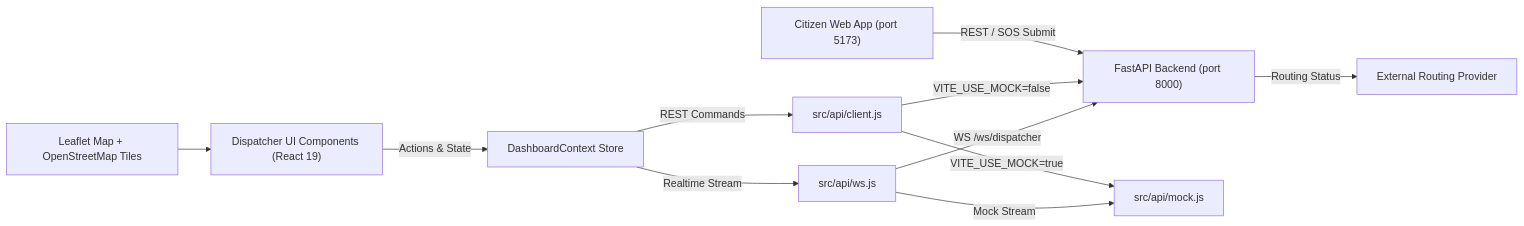
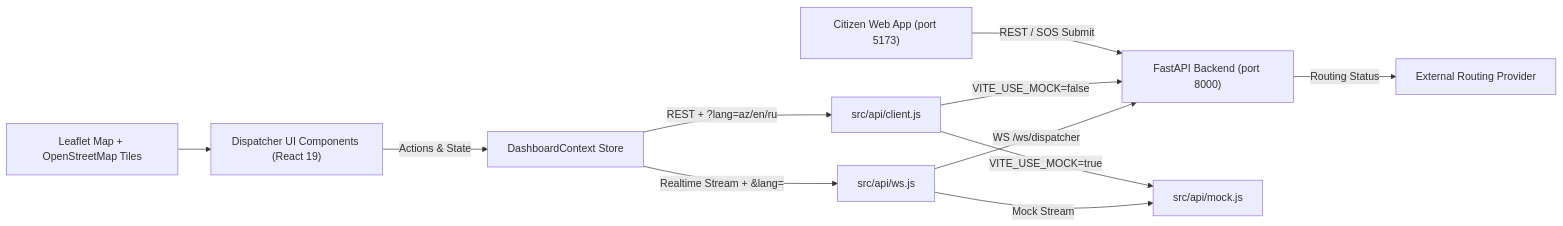
Before and after one commit to niknok29/Final-: the diagram in docs/ARCHITECTURE.md, drawn with Mermaid. The commit also changed other lines of this file and 23 other files, not shown here.

````diff
--- a/docs/ARCHITECTURE.md
+++ b/docs/ARCHITECTURE.md
@@ -5,13 +5,13 @@
 ```mermaid
 flowchart LR
     Citizen["Citizen Web App (port 5173)"] -->|REST / SOS Submit| Backend["FastAPI Backend (port 8000)"]
     DispatcherUI["Dispatcher UI Components (React 19)"] -->|Actions & State| Store["DashboardContext Store"]
-    Store -->|REST Commands| ApiClient["src/api/client.js"]
-    Store -->|Realtime Stream| WsClient["src/api/ws.js"]
+    Store -->|REST + ?lang=az/en/ru| ApiClient["src/api/client.js"]
+    Store -->|Realtime Stream + &lang=| WsClient["src/api/ws.js"]
     ApiClient -->|"VITE_USE_MOCK=false"| Backend
     WsClient -->|"WS /ws/dispatcher"| Backend
     ApiClient -->|"VITE_USE_MOCK=true"| MockEngine["src/api/mock.js"]
     WsClient -->|"Mock Stream"| MockEngine
     Backend -->|Routing Status| OSRM["External Routing Provider"]
     Leaflet["Leaflet Map + OpenStreetMap Tiles"] --> DispatcherUI
 ```
````
